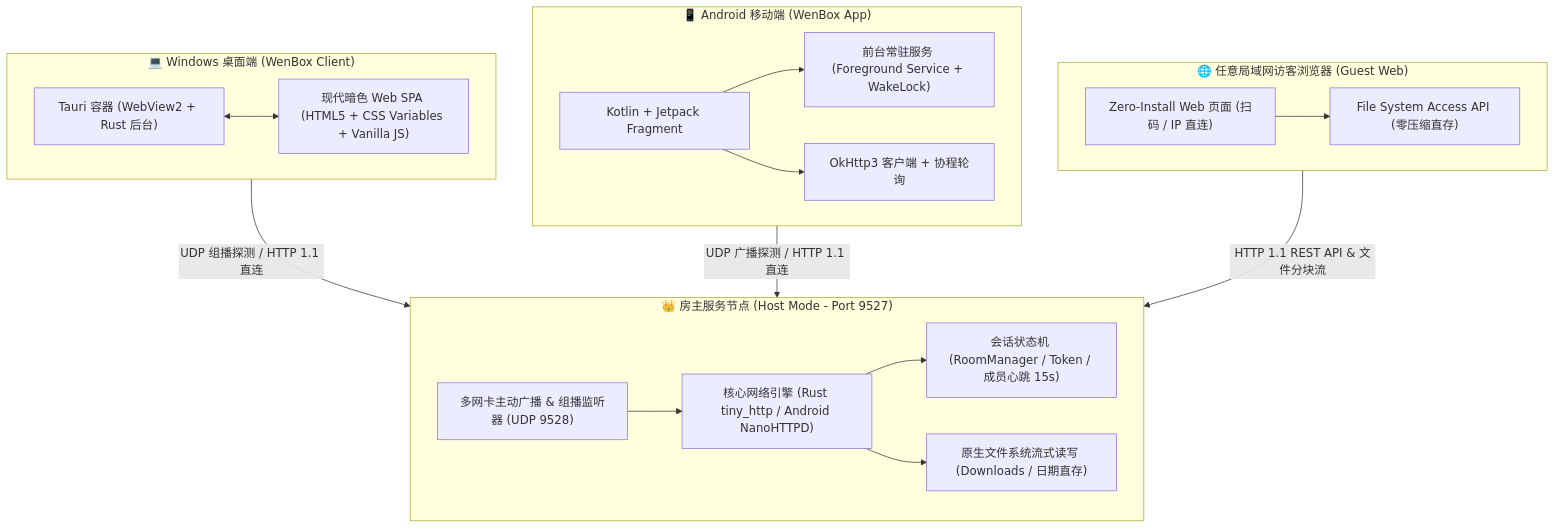
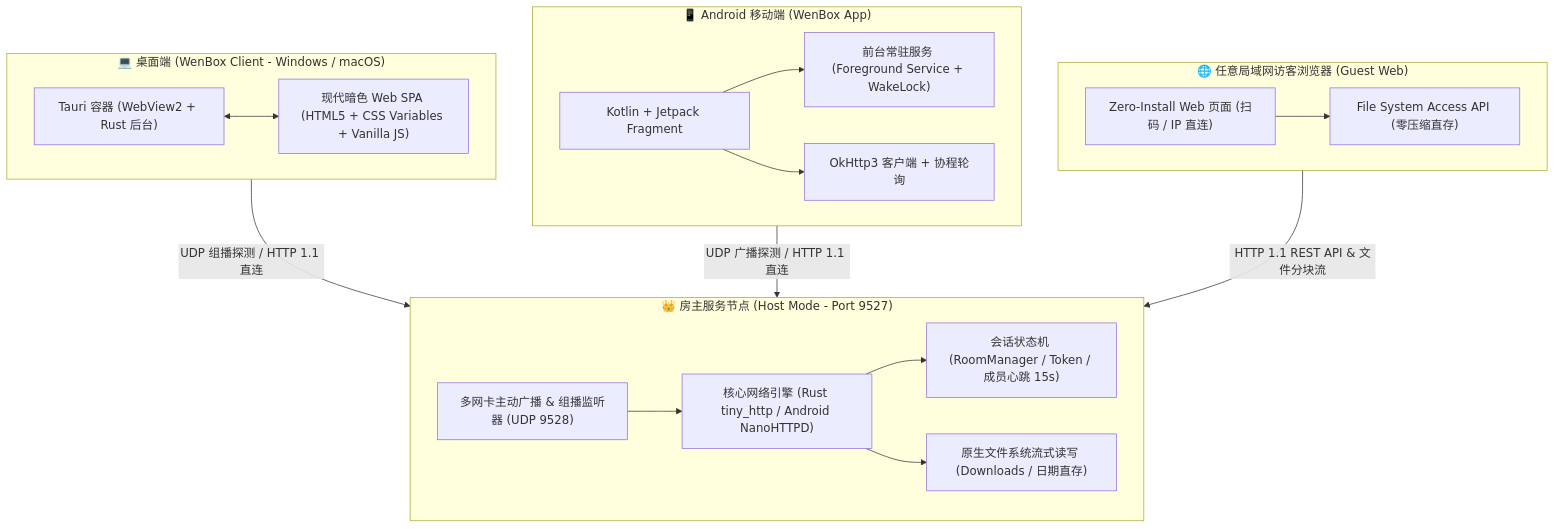
The first of 2 diagrams in README.md (WendelYu/WenBox), drawn with Mermaid before and after one commit. The commit also changed other lines of this file and 5 other files, not shown here.

````diff
--- a/README.md
+++ b/README.md
@@ -42,36 +42,36 @@
 ```mermaid
 flowchart TD
     subgraph Host["👑 房主服务节点 (Host Mode - Port 9527)"]
         H_Engine["核心网络引擎 (Rust tiny_http / Android NanoHTTPD)"]
         H_Discovery["多网卡主动广播 & 组播监听器 (UDP 9528)"]
         H_State["会话状态机 (RoomManager / Token / 成员心跳 15s)"]
         H_FS["原生文件系统流式读写 (Downloads / 日期直存)"]
         H_Engine --> H_State
         H_Engine --> H_FS
         H_Discovery --> H_Engine
     end
 
-    subgraph Desktop["💻 Windows 桌面端 (WenBox Client)"]
+    subgraph Desktop["💻 桌面端 (WenBox Client - Windows / macOS)"]
         D_Tauri["Tauri 容器 (WebView2 + Rust 后台)"]
         D_UI["现代暗色 Web SPA (HTML5 + CSS Variables + Vanilla JS)"]
         D_Tauri <--> D_UI
     end
 
     subgraph Mobile["📱 Android 移动端 (WenBox App)"]
         M_Native["Kotlin + Jetpack Fragment"]
         M_KeepAlive["前台常驻服务 (Foreground Service + WakeLock)"]
         M_HTTP["OkHttp3 客户端 + 协程轮询"]
         M_Native --> M_KeepAlive
         M_Native --> M_HTTP
     end
 
     subgraph Browser["🌐 任意局域网访客浏览器 (Guest Web)"]
         B_SPA["Zero-Install Web 页面 (扫码 / IP 直连)"]
         B_FSA["File System Access API (零压缩直存)"]
         B_SPA --> B_FSA
     end
 
     Desktop -- "UDP 组播探测 / HTTP 1.1 直连" --> Host
     Mobile -- "UDP 广播探测 / HTTP 1.1 直连" --> Host
     Browser -- "HTTP 1.1 REST API & 文件分块流" --> Host
 ```
````
